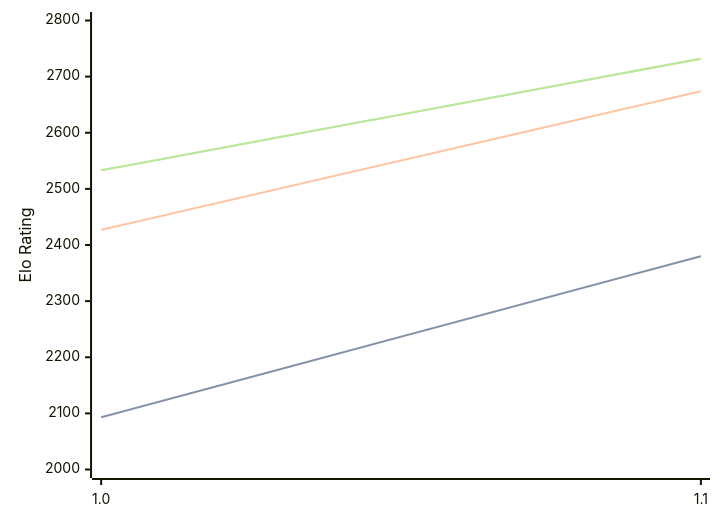
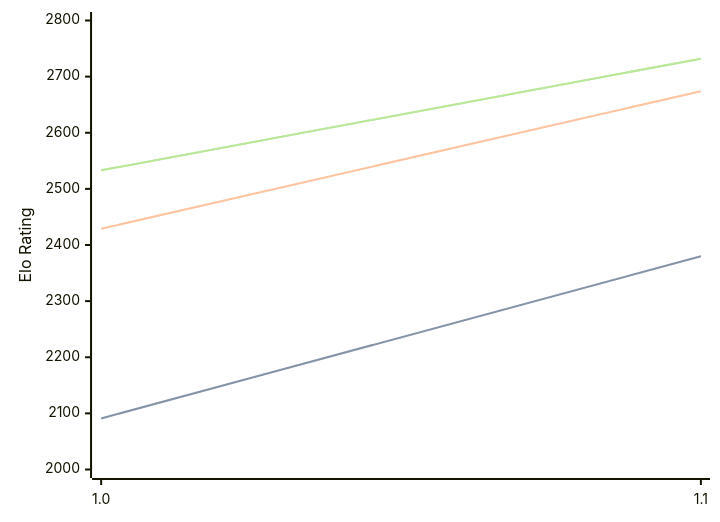
One commit to computer-chess-index/cci changed the diagram in engines/Erinn.md. Above: the diagram before and after it, drawn with Mermaid. The commit also changed other lines of this file, not shown here.

````diff
--- a/engines/Erinn.md
+++ b/engines/Erinn.md
@@ -32,11 +32,11 @@
 ```mermaid
 %%{init: {"theme":"base","themeVariables":{"seriesColors:['#a3a3a3','#222221','#faa371']}}}%%
 xychart-beta
   x-axis ["1.0", "1.1"]
   y-axis "Elo Rating" 2000 --> 2800
-  line "" [2093, 2380]
-  line "STC (8.0+0.08s)" [2093, 2380]
-  line "LTC (60.0+0.60s)" [2427, 2674]
+  line "" [2091, 2380]
+  line "STC (8.0+0.08s)" [2091, 2380]
+  line "LTC (60.0+0.60s)" [2429, 2674]
   line "" [2533, 2732]
   line "VLTC (2m24s+1.12s)" [2533, 2732]
 ```
````
